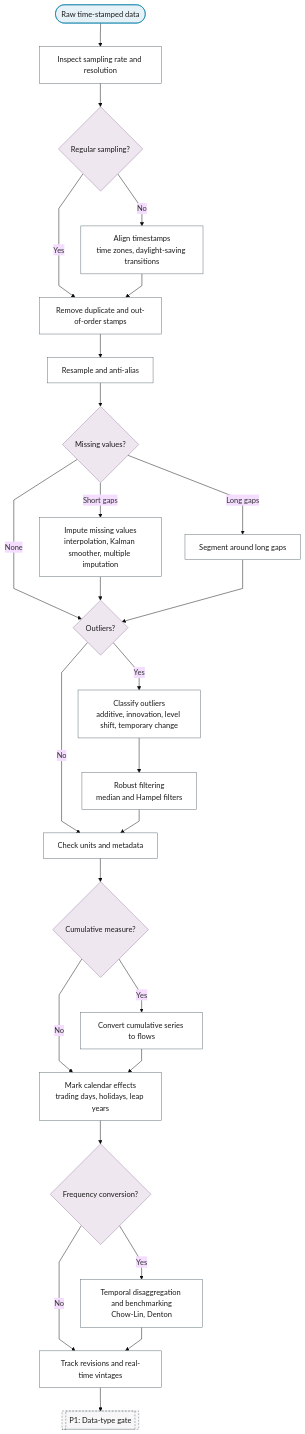
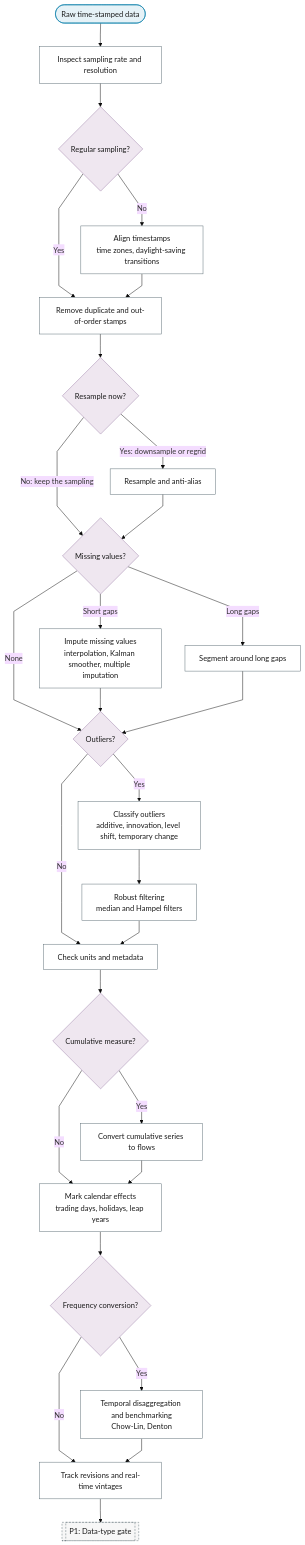
The diagram in docs/01-workflow/p00-data.md (Shuxin-Y/time-series-analysis-manual), drawn with Mermaid (base theme) before and after one commit. The commit also changed 9 other files, not shown here.

First line of the commit message:
fix(flowchart): decision logic is total and flags are a real contract

````diff
--- a/docs/01-workflow/p00-data.md
+++ b/docs/01-workflow/p00-data.md
@@ -9,40 +9,43 @@
 ```mermaid
 %%{init: {"flowchart": {"curve": "linear"}}}%%
 graph TD
     P0_IN(["Raw time-stamped data"]) --> P0_INSPECT_SAMPLING["Inspect sampling rate and resolution"]
     P0_INSPECT_SAMPLING --> P0_REGULAR{"Regular sampling?"}
     P0_REGULAR -->|"No"| P0_ALIGN_TIMESTAMPS["Align timestamps<br/>time zones, daylight-saving transitions"]
     P0_REGULAR -->|"Yes"| P0_DEDUPLICATE
     P0_ALIGN_TIMESTAMPS --> P0_DEDUPLICATE["Remove duplicate and out-of-order stamps"]
-    P0_DEDUPLICATE --> P0_RESAMPLE["Resample and anti-alias"]
+    P0_DEDUPLICATE --> P0_RESAMPLE_NOW{"Resample now?"}
+    P0_RESAMPLE_NOW -->|"Yes: downsample or regrid"| P0_RESAMPLE["Resample and anti-alias"]
+    P0_RESAMPLE_NOW -->|"No: keep the sampling"| P0_HAS_MISSING
     P0_RESAMPLE --> P0_HAS_MISSING{"Missing values?"}
     P0_HAS_MISSING -->|"Short gaps"| P0_MISSING_IMPUTE["Impute missing values<br/>interpolation, Kalman smoother, multiple imputation"]
     P0_HAS_MISSING -->|"Long gaps"| P0_MISSING_SEGMENT["Segment around long gaps"]
     P0_HAS_MISSING -->|"None"| P0_HAS_OUTLIERS
     P0_MISSING_IMPUTE & P0_MISSING_SEGMENT --> P0_HAS_OUTLIERS{"Outliers?"}
     P0_HAS_OUTLIERS -->|"Yes"| P0_OUTLIER_TAXONOMY["Classify outliers<br/>additive, innovation, level shift, temporary change"]
     P0_HAS_OUTLIERS -->|"No"| P0_UNITS_METADATA
     P0_OUTLIER_TAXONOMY --> P0_ROBUST_FILTER["Robust filtering<br/>median and Hampel filters"]
     P0_ROBUST_FILTER --> P0_UNITS_METADATA["Check units and metadata"]
     P0_UNITS_METADATA --> P0_CUMULATIVE{"Cumulative measure?"}
     P0_CUMULATIVE -->|"Yes"| P0_CUMULATIVE_TO_FLOW["Convert cumulative series to flows"]
     P0_CUMULATIVE -->|"No"| P0_CALENDAR_EFFECTS
     P0_CUMULATIVE_TO_FLOW --> P0_CALENDAR_EFFECTS["Mark calendar effects<br/>trading days, holidays, leap years"]
     P0_CALENDAR_EFFECTS --> P0_FREQUENCY{"Frequency conversion?"}
     P0_FREQUENCY -->|"Yes"| P0_DISAGGREGATION["Temporal disaggregation and benchmarking<br/>Chow-Lin, Denton"]
     P0_FREQUENCY -->|"No"| P0_VINTAGES
     P0_DISAGGREGATION --> P0_VINTAGES["Track revisions and real-time vintages"]
     P0_VINTAGES --> P1[["P1: Data-type gate"]]
     class P0_IN terminator
     class P0_REGULAR,P0_HAS_MISSING,P0_HAS_OUTLIERS,P0_CUMULATIVE,P0_FREQUENCY decision
     class P0_INSPECT_SAMPLING,P0_ALIGN_TIMESTAMPS,P0_DEDUPLICATE,P0_RESAMPLE,P0_MISSING_IMPUTE,P0_MISSING_SEGMENT,P0_OUTLIER_TAXONOMY,P0_ROBUST_FILTER,P0_UNITS_METADATA,P0_CUMULATIVE_TO_FLOW,P0_CALENDAR_EFFECTS,P0_DISAGGREGATION,P0_VINTAGES process
     class P1 ref
+    class P0_RESAMPLE_NOW decision
     classDef terminator fill:#E6F2F7,stroke:#007BA7,color:#1A1A1A;
     classDef process fill:#FFFFFF,stroke:#5A6B73,color:#1A1A1A;
     classDef decision fill:#EFE7F0,stroke:#9B7FA7,color:#1A1A1A;
     classDef data fill:#FFF4E0,stroke:#C9A55E,color:#1A1A1A;
     classDef good fill:#DCEFD8,stroke:#4A7A3F,color:#1A1A1A;
     classDef escalate fill:#FFE9C2,stroke:#C9A55E,color:#1A1A1A;
     classDef problem fill:#F2D9DE,stroke:#800020,color:#1A1A1A;
     classDef ref fill:#F7F7F7,stroke:#5A6B73,color:#1A1A1A,stroke-dasharray:4 3;
 ```
````
